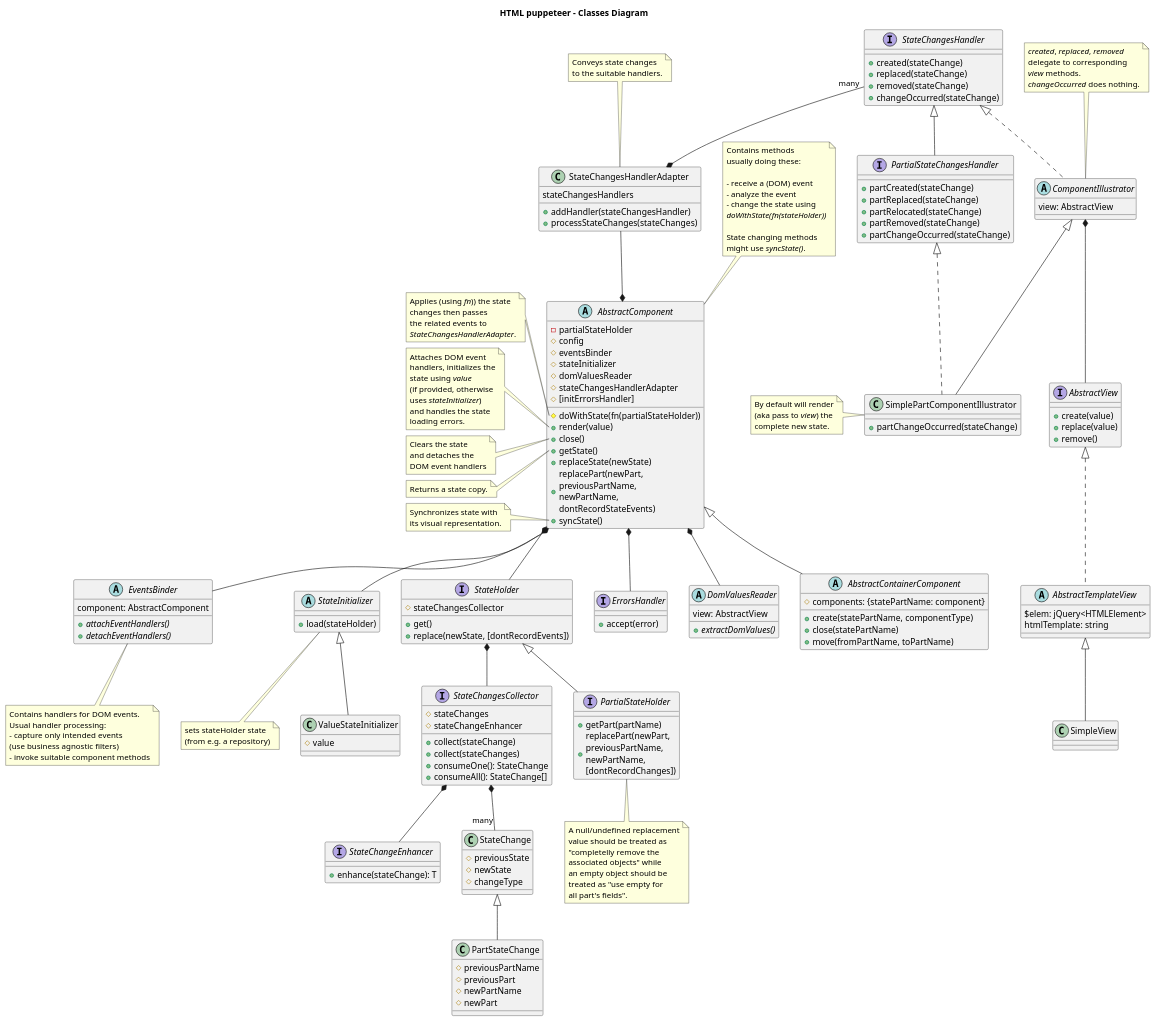
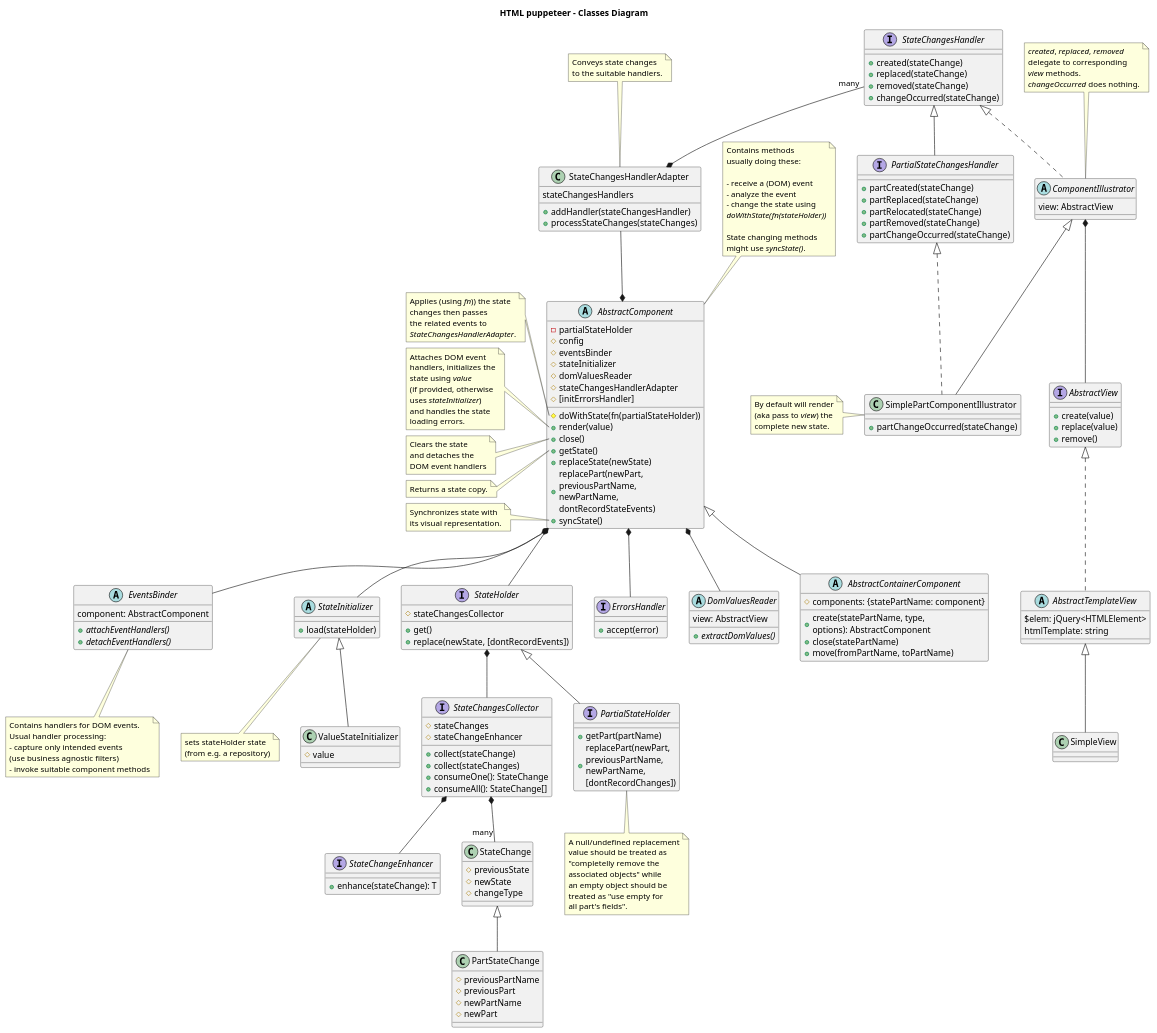
The diagram in design/classes-diagram.puml (adrhc/html-puppeteer), drawn with PlantUML before and after one commit. The commit also changed 12 other files, not shown here.

```diff
--- a/design/classes-diagram.puml
+++ b/design/classes-diagram.puml
@@ -89,7 +89,7 @@
 
 abstract AbstractContainerComponent extends AbstractComponent {
   #components: {statePartName: component}
-  +create(statePartName, componentType)
+  +create(statePartName, type, \noptions): AbstractComponent
   +close(statePartName)
   +move(fromPartName, toPartName)
 }
```
